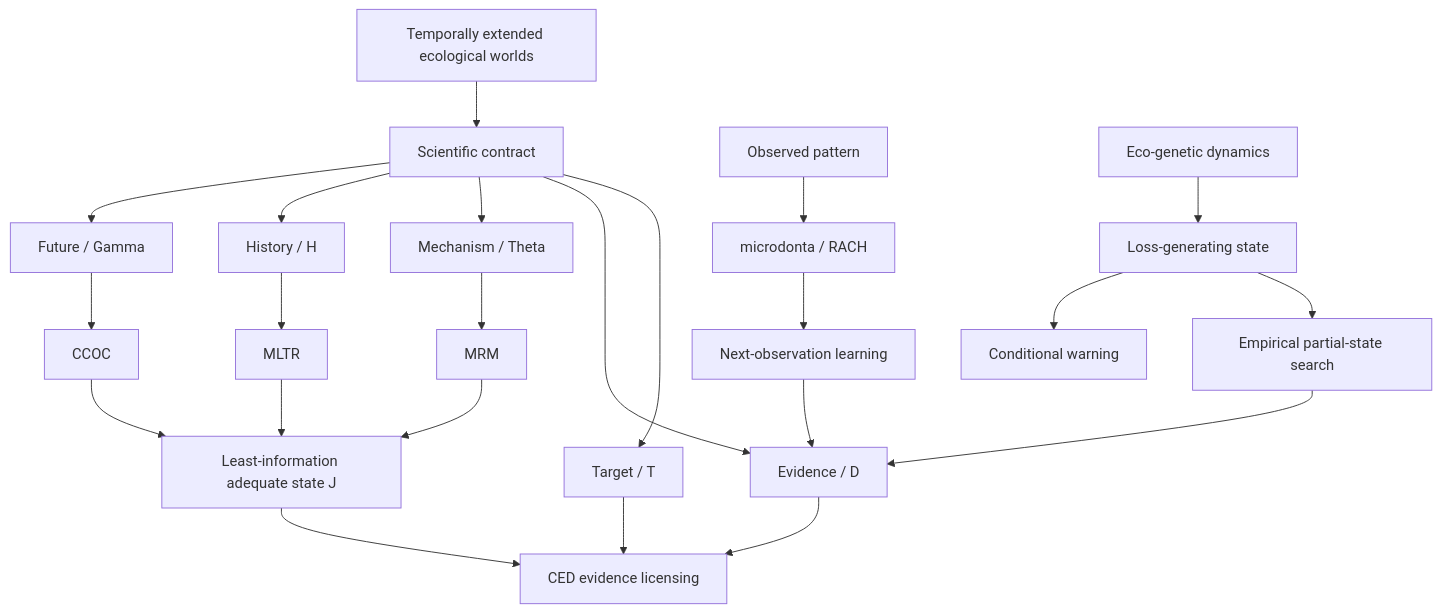
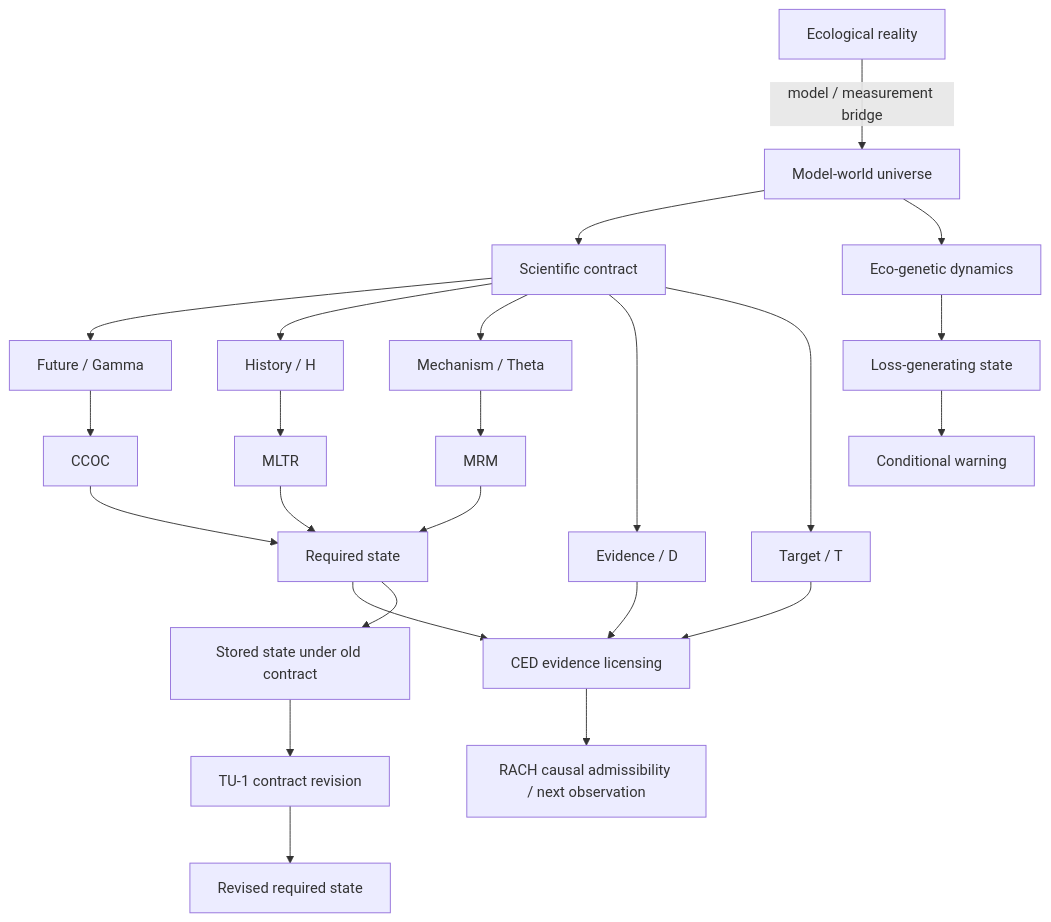
One commit to zuizui0223/theouni changed the diagram in README.md. Above: the diagram before and after it, drawn with Mermaid. The commit also changed other lines of this file, not shown here.

````diff
--- a/README.md
+++ b/README.md
@@ -14,28 +25,29 @@
 ```mermaid
 flowchart TD
-    W[Temporally extended ecological worlds] --> C[Scientific contract]
+    R[Ecological reality] -->|model / measurement bridge| W[Model-world universe]
+    W --> C[Scientific contract]
     C --> G[Future / Gamma]
     C --> H[History / H]
     C --> M[Mechanism / Theta]
-    C --> E[Evidence / D]
+    C --> D[Evidence / D]
     C --> T[Target / T]
 
     G --> CCOC[CCOC]
     H --> MLTR[MLTR]
     M --> MRM[MRM]
-    CCOC --> J[Least-information adequate state J]
+    CCOC --> J[Required state]
     MLTR --> J
     MRM --> J
     J --> CED[CED evidence licensing]
-    E --> CED
+    D --> CED
     T --> CED
 
-    OBS[Observed pattern] --> RACH[microdonta / RACH]
-    RACH --> NOV[Next-observation learning]
-    NOV --> E
+    CED --> RACH[RACH causal admissibility / next observation]
+    W --> DYN[Eco-genetic dynamics]
+    DYN --> LS[Loss-generating state]
+    LS --> WARN[Conditional warning]
 
-    DYN[Eco-genetic dynamics] --> LS[Loss-generating state]
-    LS --> WARN[Conditional warning]
-    LS --> EMP[Empirical partial-state search]
-    EMP --> E
+    J --> OLD[Stored state under old contract]
+    OLD --> REV[TU-1 contract revision]
+    REV --> NEW[Revised required state]
 ```
````
